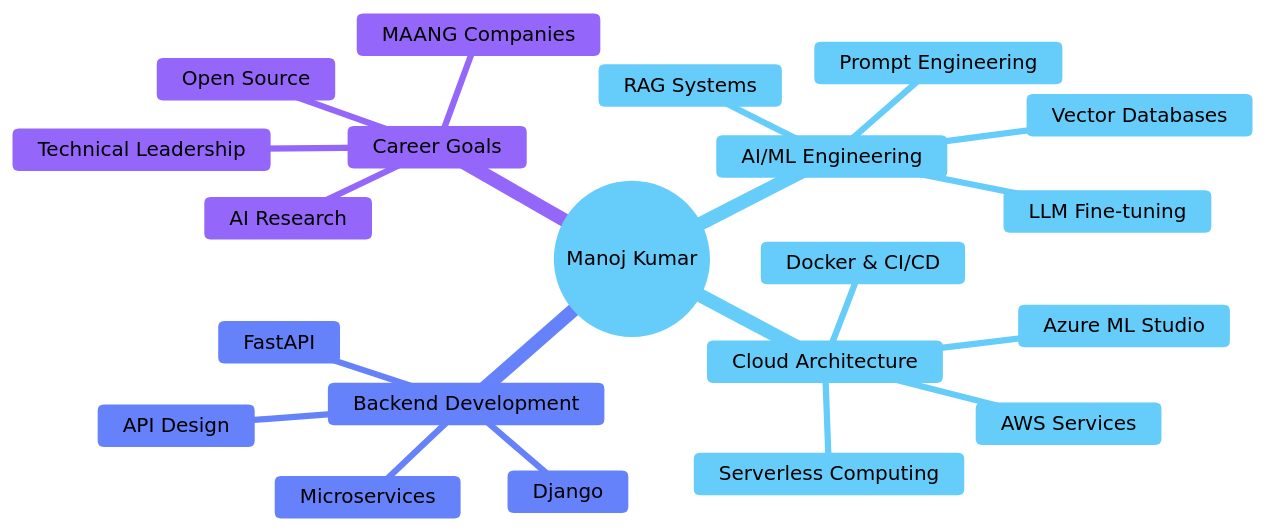
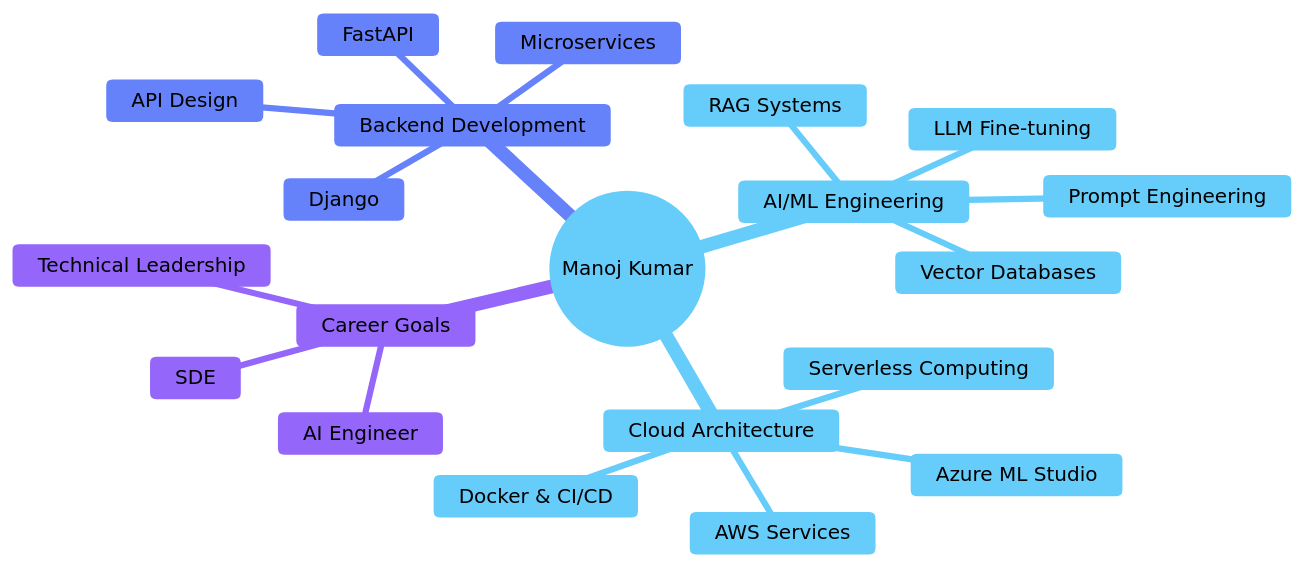
The diagram in README.md (manojkp08/manojkp08), drawn with Mermaid before and after one commit.

Commit message:
Update career goals in README
Removed specific career goals and added new ones.

````diff
--- a/README.md
+++ b/README.md
@@ -328,26 +328,25 @@
 ```mermaid
 mindmap
   root((Manoj Kumar))
     AI/ML Engineering
       RAG Systems
       LLM Fine-tuning
       Vector Databases
       Prompt Engineering
     Cloud Architecture
       AWS Services
       Azure ML Studio
       Docker & CI/CD
       Serverless Computing
     Backend Development
       FastAPI
       Django
       Microservices
       API Design
     Career Goals
-      MAANG Companies
-      AI Research
-      Open Source
+      AI Engineer
+      SDE
       Technical Leadership
 
 %%{init: {'theme':'base', 'themeVariables': { 'primaryColor':'#e1f5fe','primaryTextColor':'#000000','primaryBorderColor':'#0288d1','lineColor':'#0288d1','secondaryColor':'#e1f5fe','secondaryTextColor':'#000000','secondaryBorderColor':'#0288d1','tertiaryColor':'#e1f5fe','tertiaryTextColor':'#000000','tertiaryBorderColor':'#0288d1','noteBkgColor':'#e1f5fe','noteTextColor':'#000000','noteBorderColor':'#0277bd'}}}%%
 ```
````
